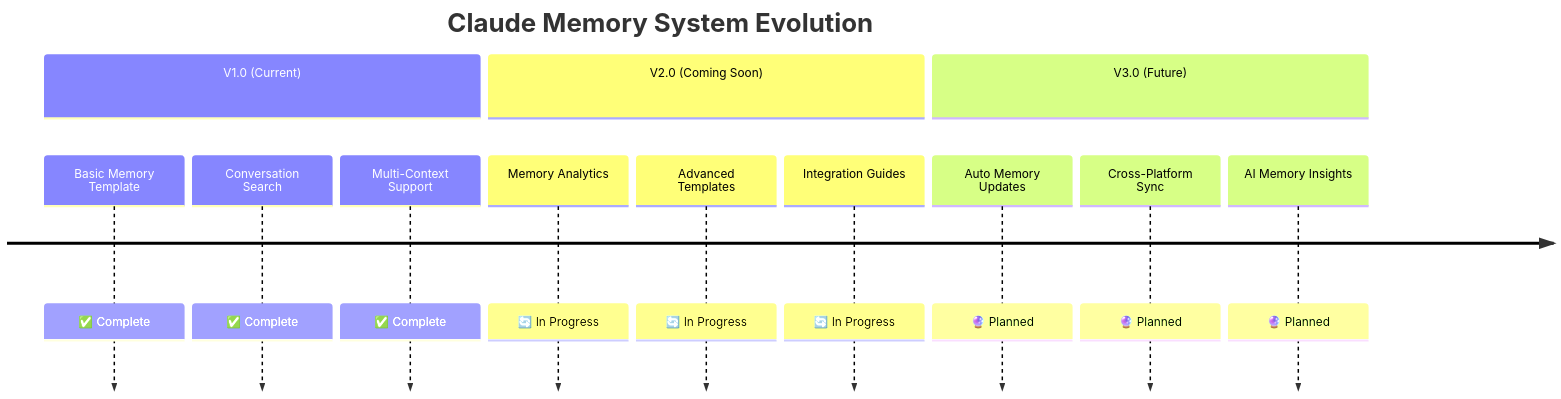
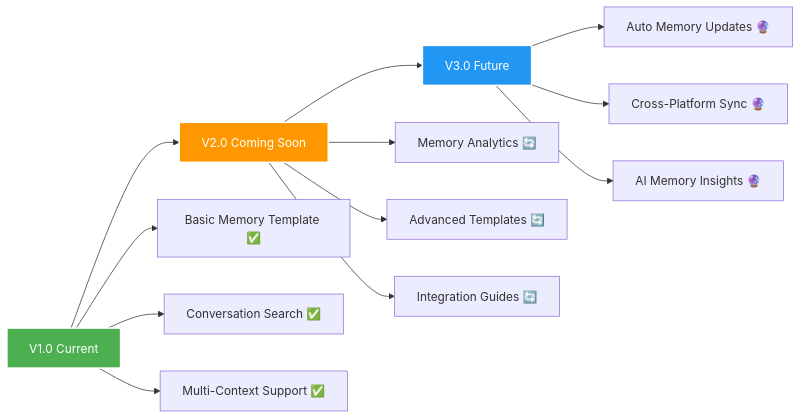
Before and after one commit to ncypher/-Claude-Memory-System: the third of 3 diagrams in README.md, drawn with Mermaid. The commit also changed other lines of this file, not shown here.

Commit message:
Fix Mermaid Rendering Issues
 Replaced unsupported gitgraph and timeline syntax
 Used standard mermaid graph syntax that works in private repos
 Maintained colorful styling with better compatibility
 Should now render properly regardless of repo visibility

Mermaid diagrams now work universally!

````diff
--- a/README.md
+++ b/README.md
@@ -351,19 +351,21 @@
 ```mermaid
-timeline
-    title Claude Memory System Evolution
+graph LR
+    A[V1.0 Current] --> B[V2.0 Coming Soon]
+    B --> C[V3.0 Future]
     
-    section V1.0 (Current)
-        Basic Memory Template    : ✅ Complete
-        Conversation Search      : ✅ Complete
-        Multi-Context Support    : ✅ Complete
-        
-    section V2.0 (Coming Soon)
-        Memory Analytics         : 🔄 In Progress
-        Advanced Templates       : 🔄 In Progress
-        Integration Guides       : 🔄 In Progress
-        
-    section V3.0 (Future)
-        Auto Memory Updates      : 🔮 Planned
-        Cross-Platform Sync      : 🔮 Planned
-        AI Memory Insights       : 🔮 Planned
+    A --> A1[Basic Memory Template ✅]
+    A --> A2[Conversation Search ✅]
+    A --> A3[Multi-Context Support ✅]
+    
+    B --> B1[Memory Analytics 🔄]
+    B --> B2[Advanced Templates 🔄]
+    B --> B3[Integration Guides 🔄]
+    
+    C --> C1[Auto Memory Updates 🔮]
+    C --> C2[Cross-Platform Sync 🔮]
+    C --> C3[AI Memory Insights 🔮]
+    
+    style A fill:#4caf50,stroke:#ffffff,stroke-width:2px,color:#ffffff
+    style B fill:#ff9800,stroke:#ffffff,stroke-width:2px,color:#ffffff
+    style C fill:#2196f3,stroke:#ffffff,stroke-width:2px,color:#ffffff
 ```
````
